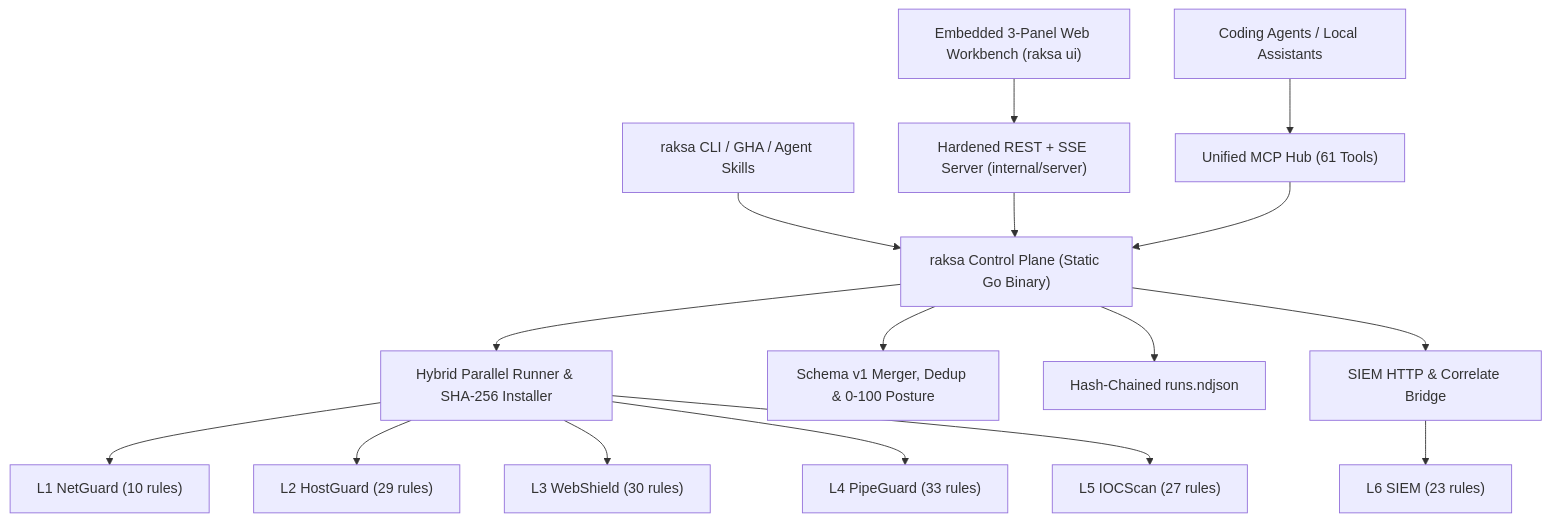
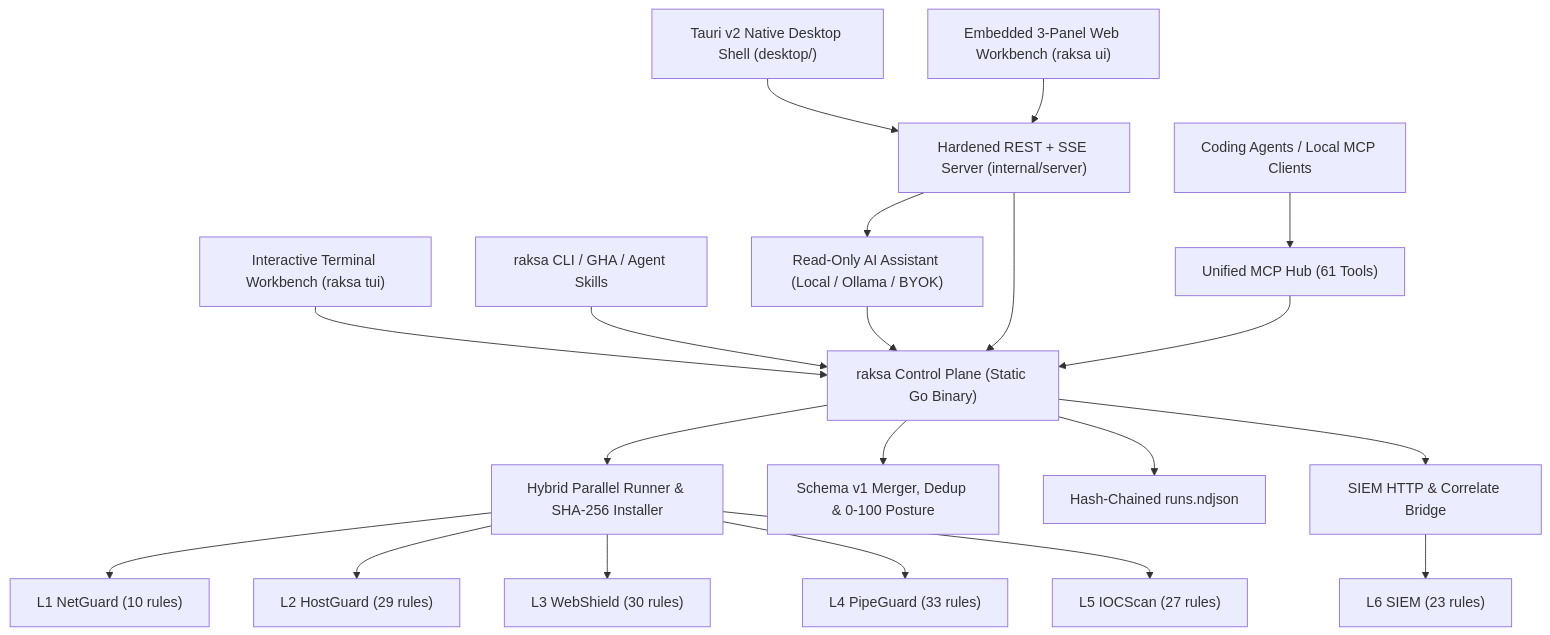
The diagram in README.md (luminariadev/raksa), drawn with Mermaid before and after one commit. The commit also changed other lines of this file and 12 other files, not shown here.

Commit message:
docs,ci,docker: add Workbench hero screenshot, bump raksa to v0.3.0, and extend CI smoke checks

````diff
--- a/README.md
+++ b/README.md
@@ -36,18 +42,22 @@
 ```mermaid
 flowchart TB
-    WebUI["Embedded 3-Panel Web Workbench (raksa ui)"] --> Server["Hardened REST + SSE Server (internal/server)"]
-    CLI["raksa CLI / GHA / Agent Skills"] --> Core["raksa Control Plane (Static Go Binary)"]
-    MCP["Coding Agents / Local Assistants"] --> MCPHub["Unified MCP Hub (61 Tools)"]
+    Desktop["Tauri v2 Native Desktop Shell (desktop/)"] --> Server["Hardened REST + SSE Server (internal/server)"]
+    WebUI["Embedded 3-Panel Web Workbench (raksa ui)"] --> Server
+    TUI["Interactive Terminal Workbench (raksa tui)"] --> Core["raksa Control Plane (Static Go Binary)"]
+    CLI["raksa CLI / GHA / Agent Skills"] --> Core
+    Assistant["Read-Only AI Assistant (Local / Ollama / BYOK)"] --> Core
+    MCP["Coding Agents / Local MCP Clients"] --> MCPHub["Unified MCP Hub (61 Tools)"]
+    Server --> Assistant
     Server --> Core
     MCPHub --> Core
     Core --> Runner["Hybrid Parallel Runner & SHA-256 Installer"]
     Core --> Agg["Schema v1 Merger, Dedup & 0-100 Posture"]
     Core --> Store["Hash-Chained runs.ndjson"]
     Core --> SIEMBridge["SIEM HTTP & Correlate Bridge"]
     Runner --> L1["L1 NetGuard (10 rules)"]
     Runner --> L2["L2 HostGuard (29 rules)"]
     Runner --> L3["L3 WebShield (30 rules)"]
     Runner --> L4["L4 PipeGuard (33 rules)"]
     Runner --> L5["L5 IOCScan (27 rules)"]
     SIEMBridge --> L6["L6 SIEM (23 rules)"]
 ```
````
